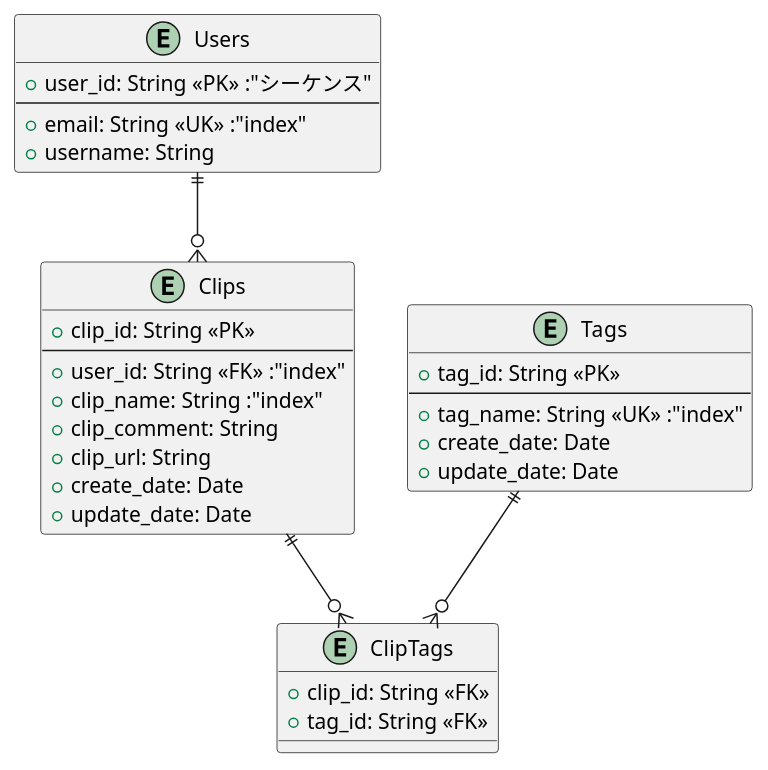
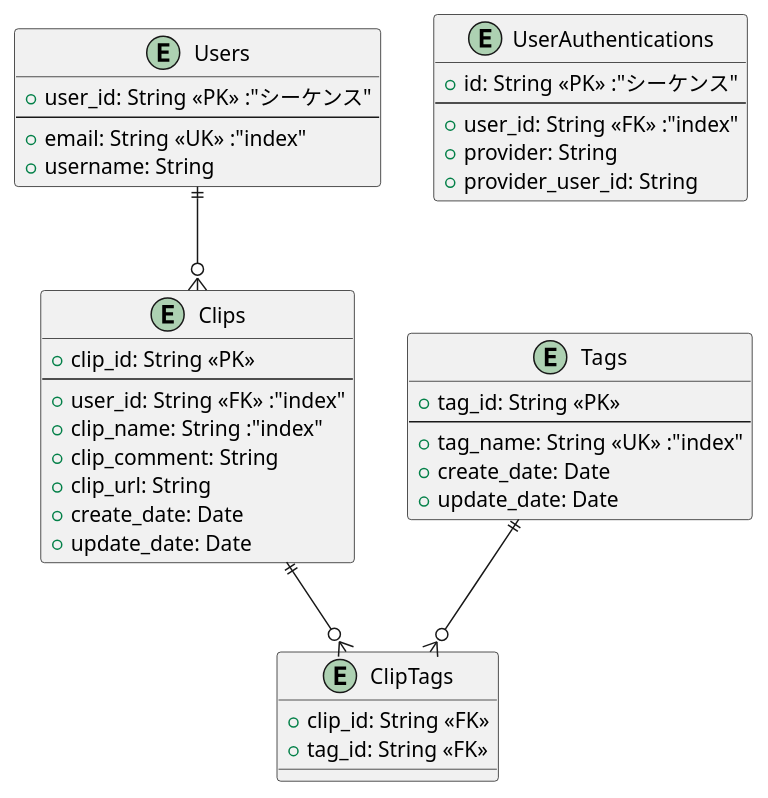
Before and after one commit to Ayumu3746221/web-clip-api: the diagram in docs/er.plantuml, drawn with PlantUML. The commit also changed 1 other file, not shown here.

Commit message:
change er and docs

```diff
--- a/docs/er.plantuml
+++ b/docs/er.plantuml
@@ -1,37 +1,45 @@
 @startuml er
 
 entity "Users" as user {
     +user_id: String <<PK>> :"シーケンス"
     ---
     +email: String <<UK>> :"index"
     +username: String
+}
+
+entity "UserAuthentications" as user_auth {
+    +id: String <<PK>> :"シーケンス"
+    ---
+    +user_id: String <<FK>> :"index"
+    +provider: String
+    +provider_user_id: String
 }
 
 entity "Clips" as clip {
     +clip_id: String <<PK>>
     ---
     +user_id: String <<FK>> :"index"
     +clip_name: String :"index"
     +clip_comment: String
     +clip_url: String
     +create_date: Date
     +update_date: Date
 }
 
 entity "Tags" as tag {
     +tag_id: String <<PK>>
     ---
     +tag_name: String <<UK>> :"index"
     +create_date: Date
     +update_date: Date
 }
 
 entity "ClipTags" as clip_tag {
     +clip_id: String <<FK>>
     +tag_id: String <<FK>>
 }
 
 user ||--o{ clip
 clip ||--o{ clip_tag
 tag ||--o{ clip_tag
 @enduml
```
